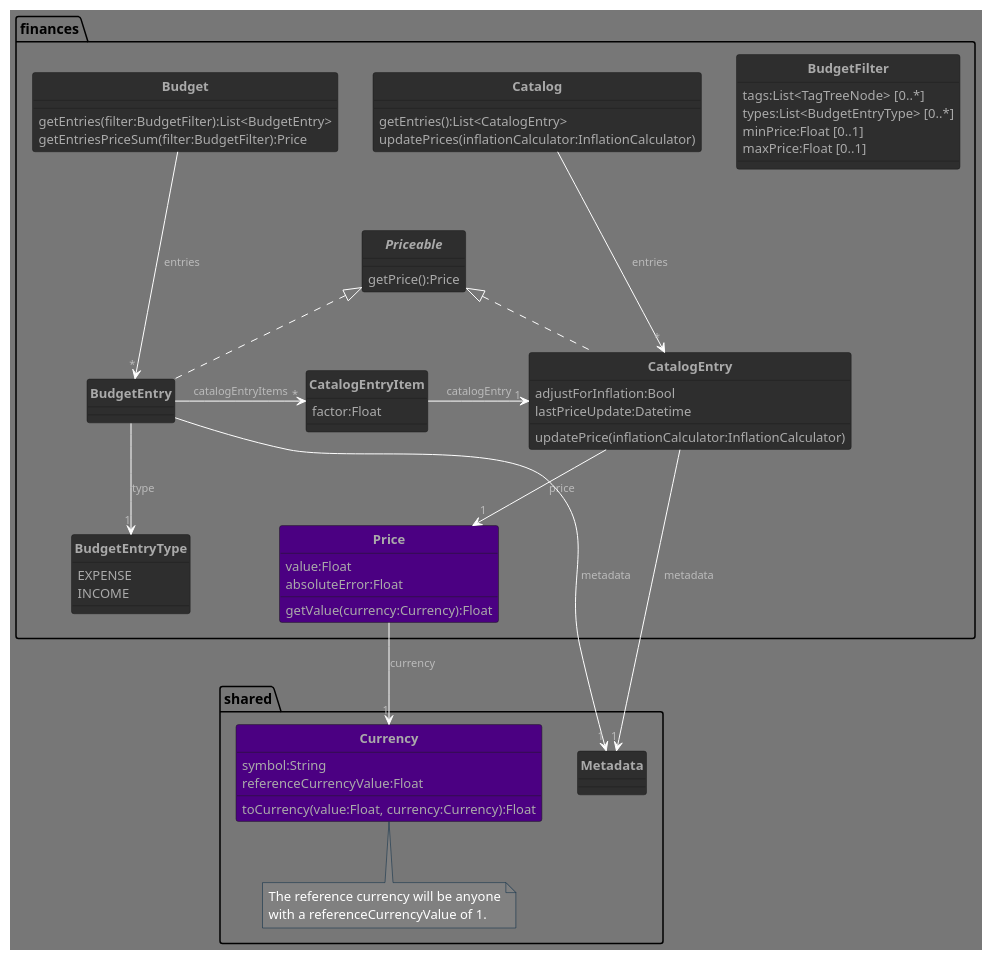
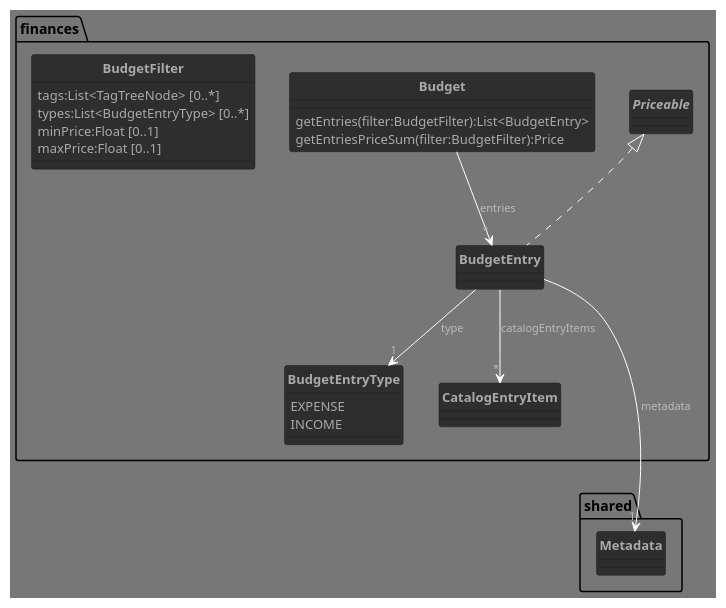
Before and after one commit to nachograffione/life-admin: the sixth of 7 diagrams in dev/finances.md, drawn with PlantUML. The commit also changed other lines of this file and 1 other file, not shown here.

Commit message:
Separate price and catalog from bugdet

````diff
--- a/dev/finances.md
+++ b/dev/finances.md
@@ -202,22 +325,10 @@
   getEntriesPriceSum(filter:BudgetFilter):Price
 }
 
-class finances.Catalog {
-  getEntries():List<CatalogEntry>
-  updatePrices(inflationCalculator:InflationCalculator)
-}
-
 interface finances.Priceable {
-  getPrice():Price
 }
 
 class finances.BudgetEntry {
-}
-
-class finances.CatalogEntry {
-  adjustForInflation:Bool
-  lastPriceUpdate:Datetime
-  updatePrice(inflationCalculator:InflationCalculator)
 }
 
 enum finances.BudgetEntryType {
@@ -226,49 +337,22 @@
 }
 
 class finances.CatalogEntryItem {
-  factor:Float
-}
-
-class finances.Price #Indigo {
-  value:Float
-  absoluteError:Float
-  getValue(currency:Currency):Float
 }
 
 class shared.Metadata {
 }
 
-class shared.Currency #Indigo {
-  symbol:String
-  referenceCurrencyValue:Float
-  toCurrency(value:Float, currency:Currency):Float
-}
+finances.Budget --> "*" finances.BudgetEntry : entries
 
-note as shared.n1
-The reference currency will be anyone
-with a referenceCurrencyValue of 1.
-end note
+finances.BudgetEntry --> "*" finances.CatalogEntryItem : catalogEntryItems
 
-shared.Currency .d. shared.n1
-
-shared.Metadata -[hidden]r-> shared.Currency
-
-finances.Budget ---> "*" finances.BudgetEntry : entries
-finances.Catalog ---> "*" finances.CatalogEntry : entries
-
-finances.BudgetEntry -r-> "*" finances.CatalogEntryItem : catalogEntryItems
-finances.CatalogEntryItem -r-> "1" finances.CatalogEntry : catalogEntry
-
-finances.CatalogEntry .u.|> finances.Priceable
 finances.BudgetEntry .u.|> finances.Priceable
 
-finances.CatalogEntry --> "1" finances.Price : price
 finances.BudgetEntry --> "1" finances.BudgetEntryType : type
 
-finances.Price -d-> "1" shared.Currency : currency
+finances.BudgetEntry ---> "1" shared.Metadata : metadata
 
-finances.CatalogEntry -d-> "1" shared.Metadata : metadata
-finances.BudgetEntry -d-> "1" shared.Metadata : metadata
+finances.Budget -r[hidden]-> finances.Priceable
 
 @enduml
 ```
````
